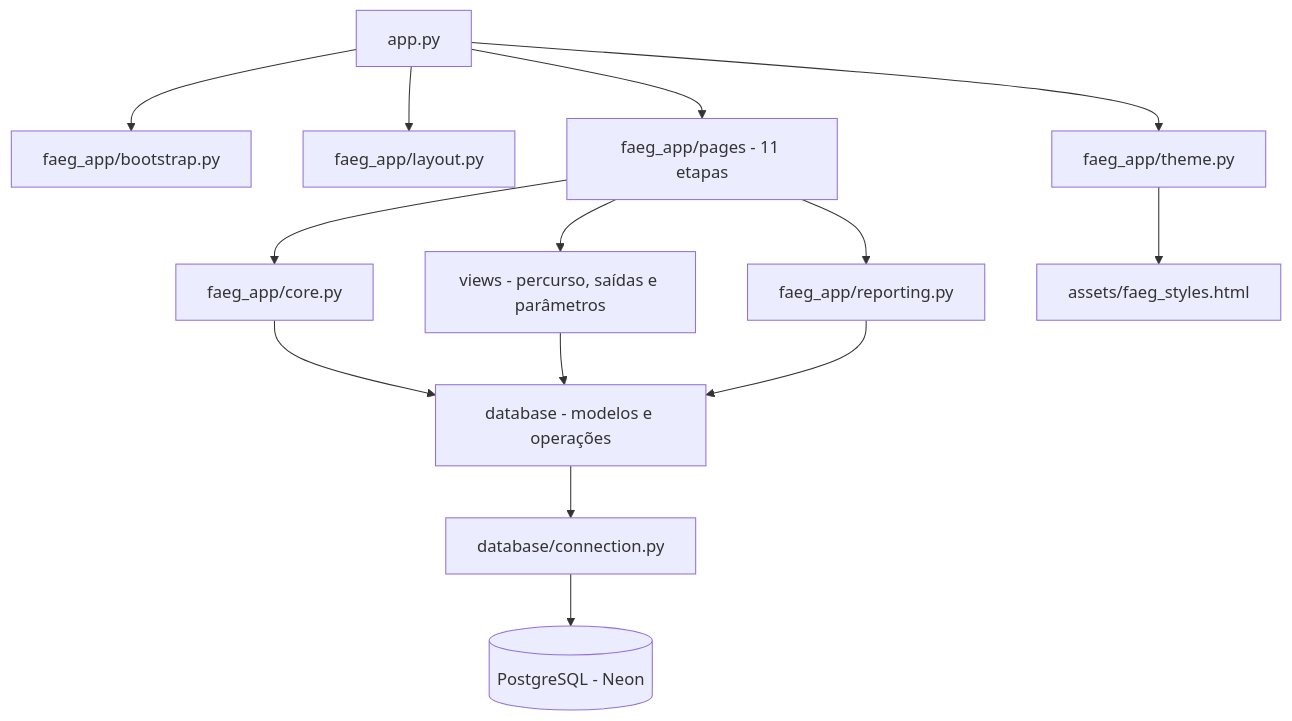
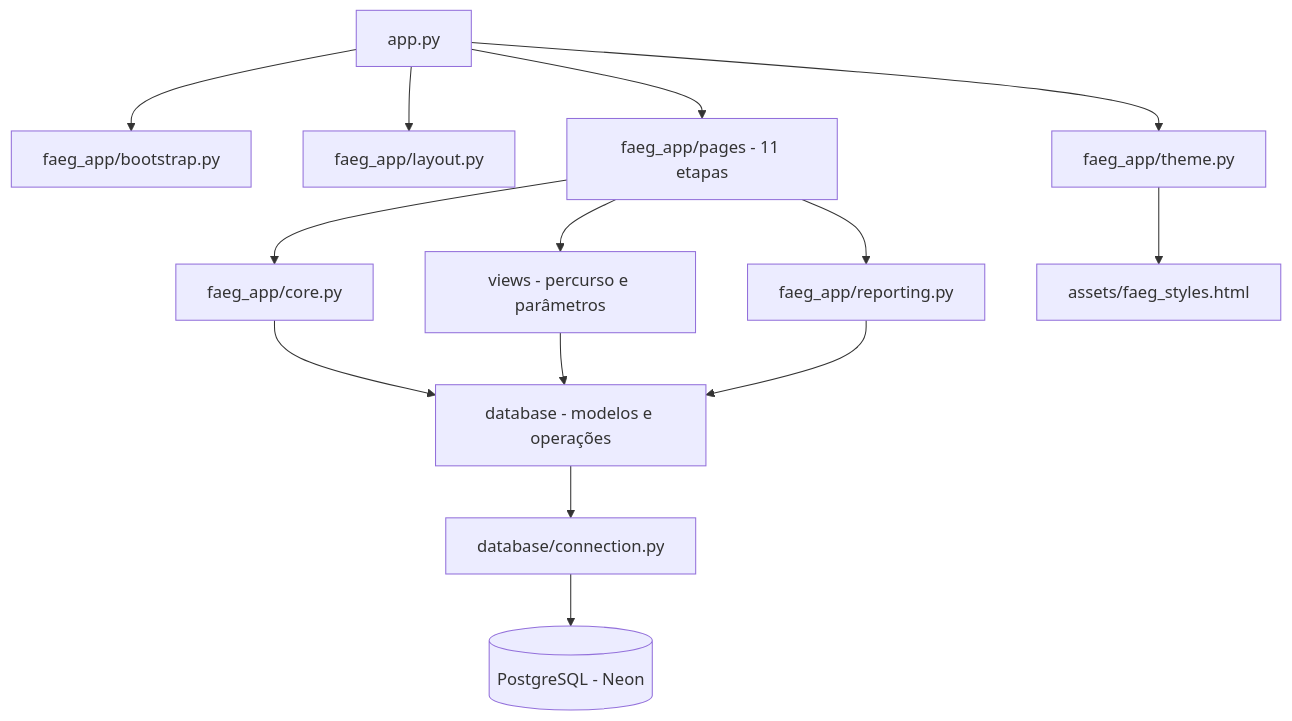
The second of 2 diagrams in docs/diagramas/componentes.md (felpontes98/faeg-logistica-app), drawn with Mermaid before and after one commit. The commit also changed 27 other files, not shown here.

````diff
--- a/docs/diagramas/componentes.md
+++ b/docs/diagramas/componentes.md
@@ -30,16 +30,16 @@
 ```mermaid
 flowchart TB
     A["app.py"] --> BOOT["faeg_app/bootstrap.py"]
     A --> L["faeg_app/layout.py"]
     A --> T["faeg_app/theme.py"]
     A --> P["faeg_app/pages - 11 etapas"]
     P --> CORE["faeg_app/core.py"]
-    P --> V["views - percurso, saídas e parâmetros"]
+    P --> V["views - percurso e parâmetros"]
     P --> R["faeg_app/reporting.py"]
     CORE --> D["database - modelos e operações"]
     V --> D
     R --> D
     D --> C["database/connection.py"]
     C --> N[("PostgreSQL - Neon")]
     T --> CSS["assets/faeg_styles.html"]
 ```
````
